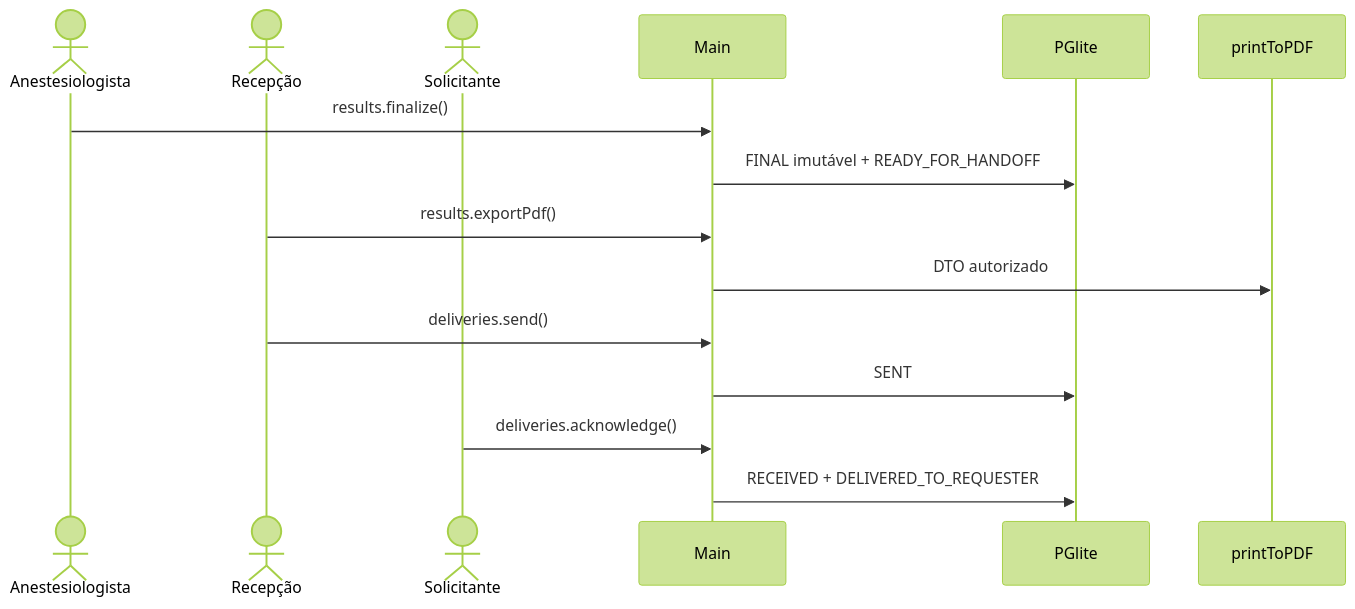
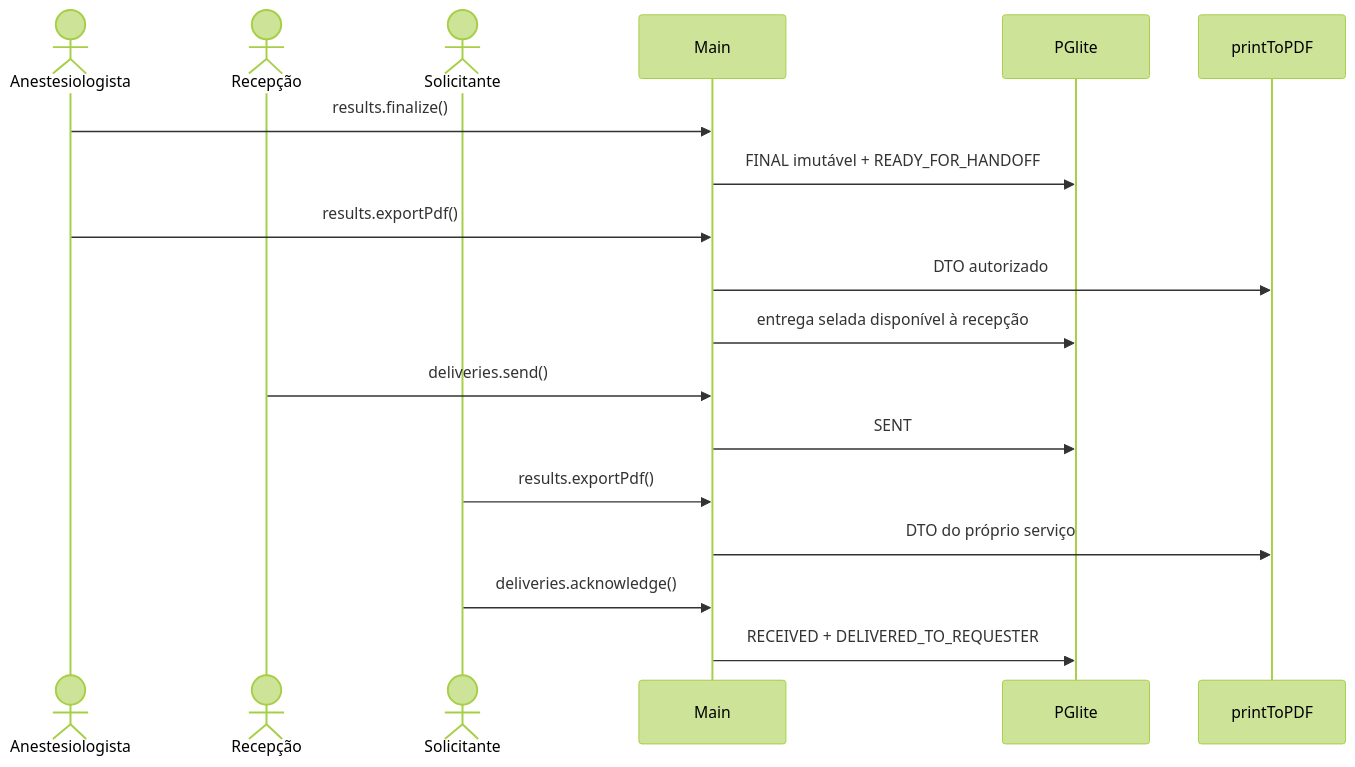
Before and after one commit to nmarcofernandess/antessala: the third of 3 diagrams in hack/domains/ANALYST-avaliacao-pendencias-e-handoff.md, drawn with Mermaid (forest theme). The commit also changed other lines of this file and 10 other files, not shown here.

````diff
--- a/hack/domains/ANALYST-avaliacao-pendencias-e-handoff.md
+++ b/hack/domains/ANALYST-avaliacao-pendencias-e-handoff.md
@@ -397,18 +397,21 @@
 ```mermaid
 sequenceDiagram
   actor ANE as Anestesiologista
   actor REC as Recepção
   actor SOL as Solicitante
   participant MAIN as Main
   participant DB as PGlite
   participant PDF as printToPDF
 
   ANE->>MAIN: results.finalize()
   MAIN->>DB: FINAL imutável + READY_FOR_HANDOFF
-  REC->>MAIN: results.exportPdf()
+  ANE->>MAIN: results.exportPdf()
   MAIN->>PDF: DTO autorizado
+  MAIN->>DB: entrega selada disponível à recepção
   REC->>MAIN: deliveries.send()
   MAIN->>DB: SENT
+  SOL->>MAIN: results.exportPdf()
+  MAIN->>PDF: DTO do próprio serviço
   SOL->>MAIN: deliveries.acknowledge()
   MAIN->>DB: RECEIVED + DELIVERED_TO_REQUESTER
 ```
````
